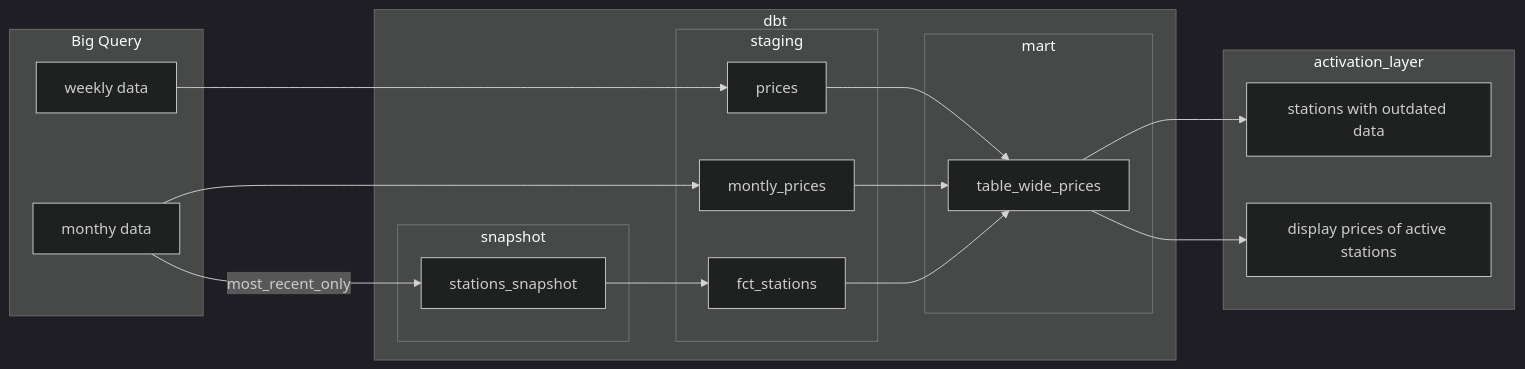
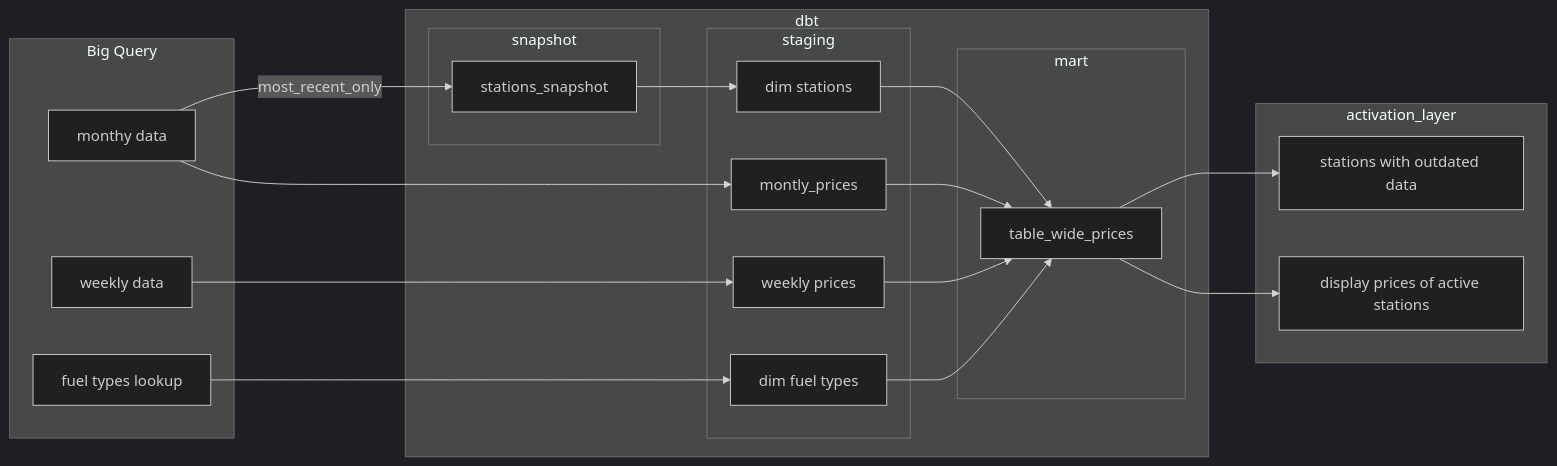
The diagram in dbt.md (gsajko/fuel_prices_qld), drawn with Mermaid (dark theme) before and after one commit. The commit also changed other lines of this file and 9 other files, not shown here.

````diff
--- a/dbt.md
+++ b/dbt.md
@@ -3,42 +3,47 @@
 ```mermaid
 flowchart LR
 
 subgraph Big Query
 m[monthy data]
 w[weekly data]
+lu[fuel types lookup]
 end
 
-m --most_recent_only--> stations_snapshot --> fs
+m --most_recent_only--> stations_snapshot --> ds
 m --> mp
 w --> p
+lu --> dt
 
 subgraph dbt
 snapshot
 staging
 mart
 end
 
 subgraph staging
-fs[fct_stations]
-p[prices]
+ds[dim stations]
+dt[dim fuel types]
+p[weekly prices]
 mp[montly_prices]
 end
+
 p & mp --> up
+dt --> up
 
 subgraph snapshot
 stations_snapshot
 end
 
 subgraph mart
 up[table_wide_prices]
 end
 
-fs --> up
+ds --> up
 up --> cs
 up --> as
 
 subgraph activation_layer
 cs[stations with outdated data]
 as[display prices of active stations]
 end
 ```
````
